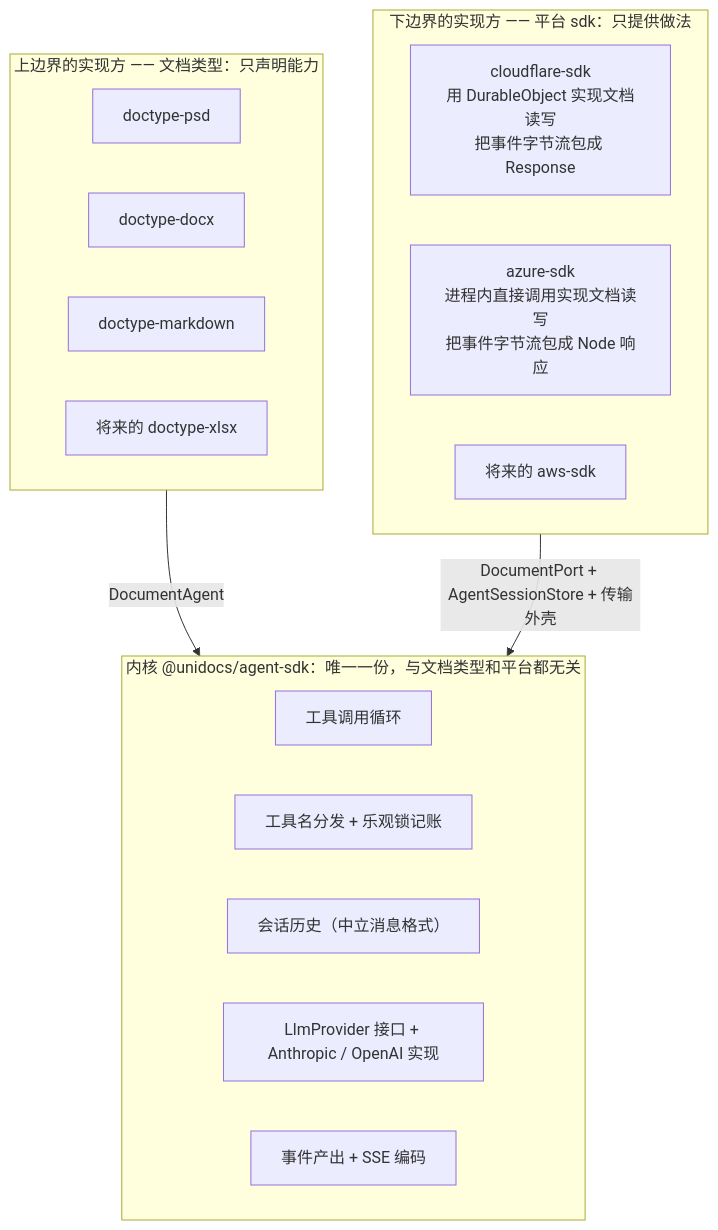
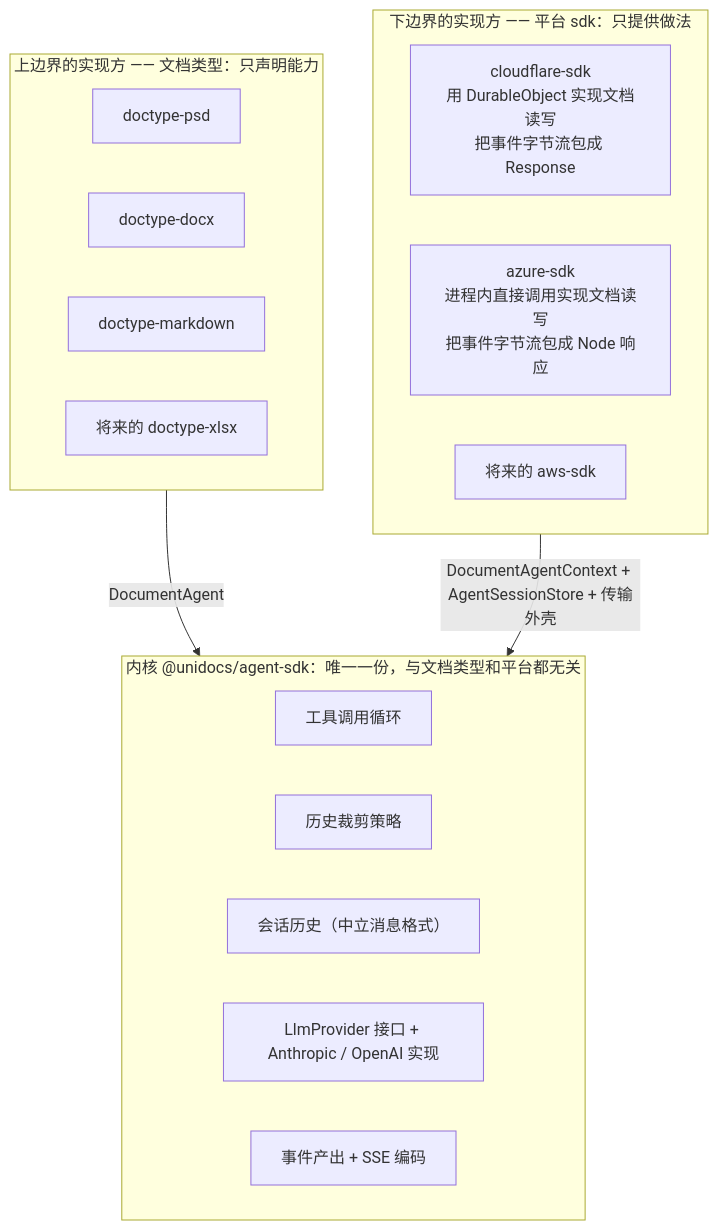
The third of 14 diagrams in docs/superpowers/specs/2026-08-26-agent-sdk-design.md (shazhou-ww/unidocs), drawn with Mermaid before and after one commit. The commit also changed other lines of this file, not shown here.

First line of the commit message:
docs(agent-sdk): 删掉乐观锁包装层,版本不归 agent 管

````diff
--- a/docs/superpowers/specs/2026-08-26-agent-sdk-design.md
+++ b/docs/superpowers/specs/2026-08-26-agent-sdk-design.md
@@ -176,26 +176,26 @@
 ```mermaid
 flowchart TB
     subgraph L1["上边界的实现方 —— 文档类型：只声明能力"]
         A1["doctype-psd"]
         A2["doctype-docx"]
         A3["doctype-markdown"]
         A4["将来的 doctype-xlsx"]
     end
 
     subgraph L2["内核 @unidocs/agent-sdk：唯一一份，与文档类型和平台都无关"]
         B1["工具调用循环"]
-        B2["工具名分发 + 乐观锁记账"]
+        B2["历史裁剪策略"]
         B3["会话历史（中立消息格式）"]
         B4["LlmProvider 接口 + Anthropic / OpenAI 实现"]
         B5["事件产出 + SSE 编码"]
     end
 
     subgraph L3["下边界的实现方 —— 平台 sdk：只提供做法"]
         C1["cloudflare-sdk<br/>用 DurableObject 实现文档读写<br/>把事件字节流包成 Response"]
         C2["azure-sdk<br/>进程内直接调用实现文档读写<br/>把事件字节流包成 Node 响应"]
         C3["将来的 aws-sdk"]
     end
 
     L1 -->|"DocumentAgent"| L2
-    L3 -->|"DocumentPort + AgentSessionStore + 传输外壳"| L2
+    L3 -->|"DocumentAgentContext + AgentSessionStore + 传输外壳"| L2
 ```
````
